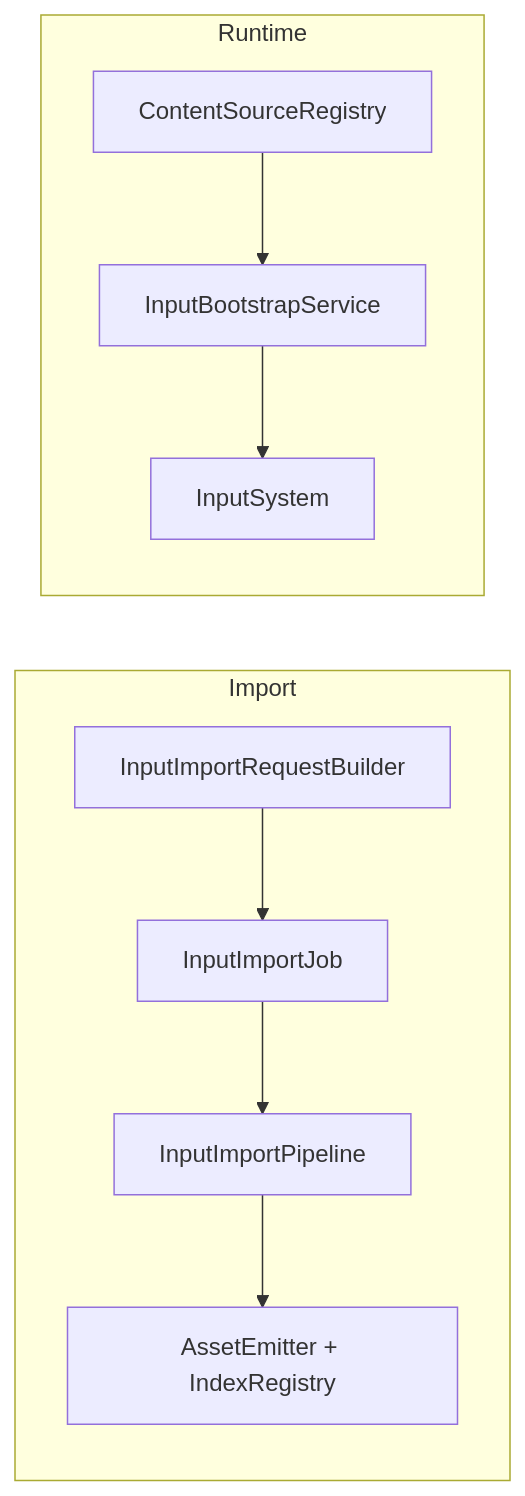
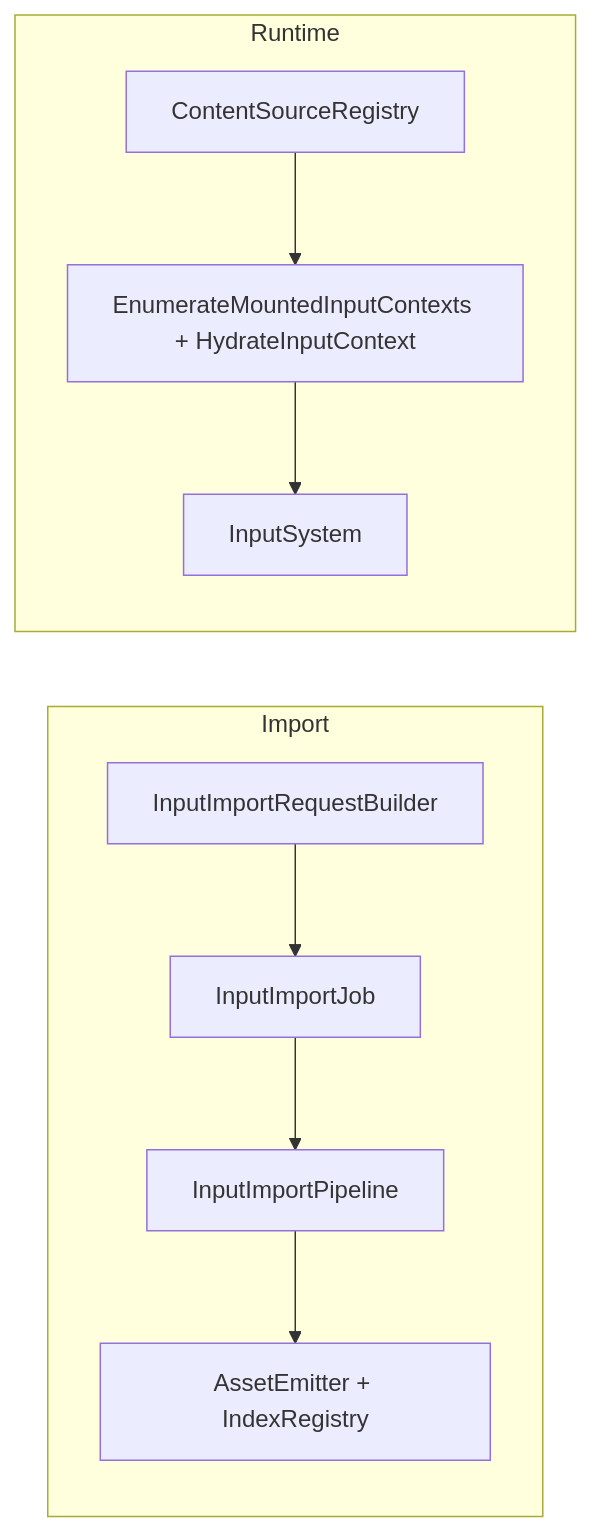
The diagram in projects/Oxygen.Engine/design/cook_input.md (abdes/DroidNet), drawn with Mermaid before and after one commit. The commit also changed other lines of this file and 62 other files, not shown here.

First line of the commit message:
refactor(input): remove scene-bound input context bindings

````diff
--- a/projects/Oxygen.Engine/design/cook_input.md
+++ b/projects/Oxygen.Engine/design/cook_input.md
@@ -65,18 +76,18 @@
 ```mermaid
 flowchart LR
   subgraph Import
     A[InputImportRequestBuilder]
     B[InputImportJob]
     C[InputImportPipeline]
     D[AssetEmitter + IndexRegistry]
   end
 
   subgraph Runtime
     E[ContentSourceRegistry]
-    F[InputBootstrapService]
+    F[EnumerateMountedInputContexts + HydrateInputContext]
     G[InputSystem]
   end
 
   A --> B --> C --> D
   E --> F --> G
 ```
````
